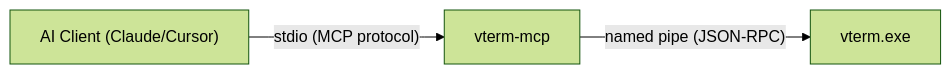
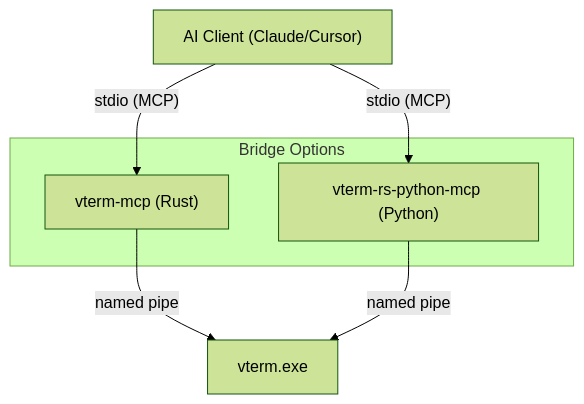
One commit to margusmartsepp/vterm-rs changed the diagram in docs/mcp-bridge.md. Above: the diagram before and after it, drawn with Mermaid (forest theme). The commit also changed other lines of this file and 80 other files, not shown here.

````diff
--- a/docs/mcp-bridge.md
+++ b/docs/mcp-bridge.md
@@ -9,9 +12,14 @@
 ```mermaid
-graph LR
+graph TD
     Client["AI Client (Claude/Cursor)"]
-    Bridge["vterm-mcp"]
+    subgraph Bridge Options
+        RustBridge["vterm-mcp (Rust)"]
+        PyBridge["vterm-rs-python-mcp (Python)"]
+    end
     Orchestrator["vterm.exe"]
     
-    Client -- "stdio (MCP protocol)" --> Bridge
-    Bridge -- "named pipe (JSON-RPC)" --> Orchestrator
+    Client -- "stdio (MCP)" --> RustBridge
+    Client -- "stdio (MCP)" --> PyBridge
+    RustBridge -- "named pipe" --> Orchestrator
+    PyBridge -- "named pipe" --> Orchestrator
 ```
````
